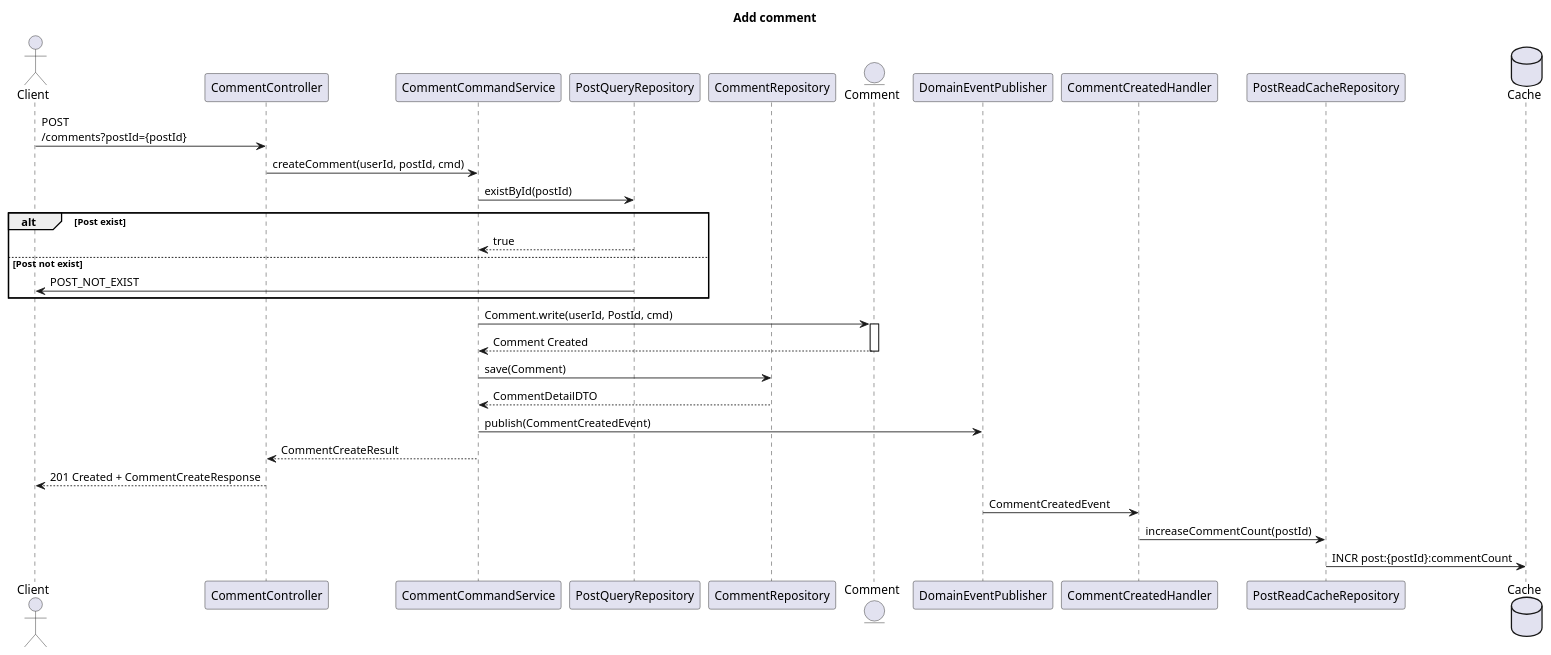
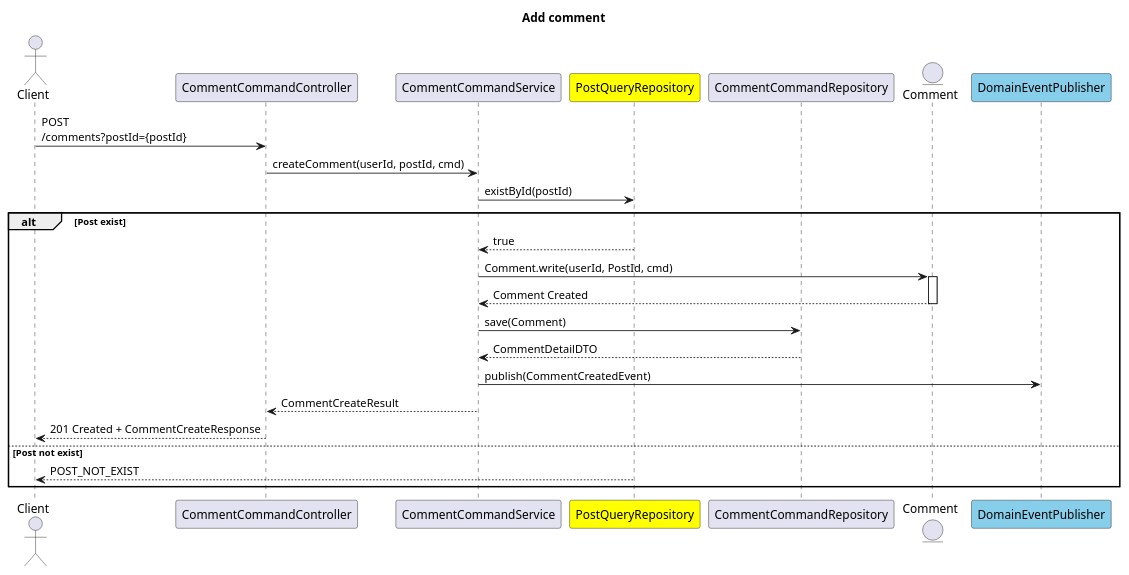
Before and after one commit to SimpleBoardTeam/simpleBoard-server: the diagram in document/puml/event/externalAPI/boardContext/commentAggregate/addComment.puml, drawn with PlantUML. The commit also changed 2 other files, not shown here.

Commit message:
docs(diagram): Event Handling 시퀸스 제거 및 클래스 명 수정 - 이벤트 다이어그램 내부에서 EventHandling 시퀸스 제거 - CQRS가 미적용된 클래스 명 수정

```diff
--- a/document/puml/event/externalAPI/boardContext/commentAggregate/addComment.puml
+++ b/document/puml/event/externalAPI/boardContext/commentAggregate/addComment.puml
@@ -1,42 +1,39 @@
 @startuml addCommentSecq
 title Add comment
 
 actor Client
-participant CommentController
+participant CommentCommandController
 participant CommentCommandService
-participant PostQueryRepository
-participant CommentRepository
+participant PostQueryRepository #yellow
+participant CommentCommandRepository
 entity      Comment
-participant DomainEventPublisher
-participant CommentCreatedHandler
-participant PostReadCacheRepository
-database Cache
+participant DomainEventPublisher #skyblue
 
-Client -> CommentController : POST\n/comments?postId={postId}
-CommentController -> CommentCommandService : createComment(userId, postId, cmd)
+
+Client -> CommentCommandController : POST\n/comments?postId={postId}
+CommentCommandController -> CommentCommandService : createComment(userId, postId, cmd)
 
 CommentCommandService -> PostQueryRepository : existById(postId)
 alt Post exist
 PostQueryRepository --> CommentCommandService : true
-else Post not exist
-PostQueryRepository -> Client : POST_NOT_EXIST
-end
 
 CommentCommandService -> Comment : Comment.write(userId, PostId, cmd)
 activate Comment
 Comment --> CommentCommandService : Comment Created
 deactivate Comment
 
-CommentCommandService -> CommentRepository : save(Comment)
-CommentRepository --> CommentCommandService : CommentDetailDTO
+CommentCommandService -> CommentCommandRepository : save(Comment)
+CommentCommandRepository --> CommentCommandService : CommentDetailDTO
 
 CommentCommandService -> DomainEventPublisher : publish(CommentCreatedEvent)
 
-CommentCommandService --> CommentController : CommentCreateResult
-CommentController --> Client :  201 Created + CommentCreateResponse
+CommentCommandService --> CommentCommandController : CommentCreateResult
+CommentCommandController --> Client :  201 Created + CommentCreateResponse
 
-DomainEventPublisher -> CommentCreatedHandler : CommentCreatedEvent
-CommentCreatedHandler -> PostReadCacheRepository : increaseCommentCount(postId)
-PostReadCacheRepository -> Cache : INCR post:{postId}:commentCount
+else Post not exist
+PostQueryRepository --> Client : POST_NOT_EXIST
+end
 
+'!include ../../../eventHandling/boardContext/postAggregate/CommentCreatedHandle.puml
+'
 @enduml
```
